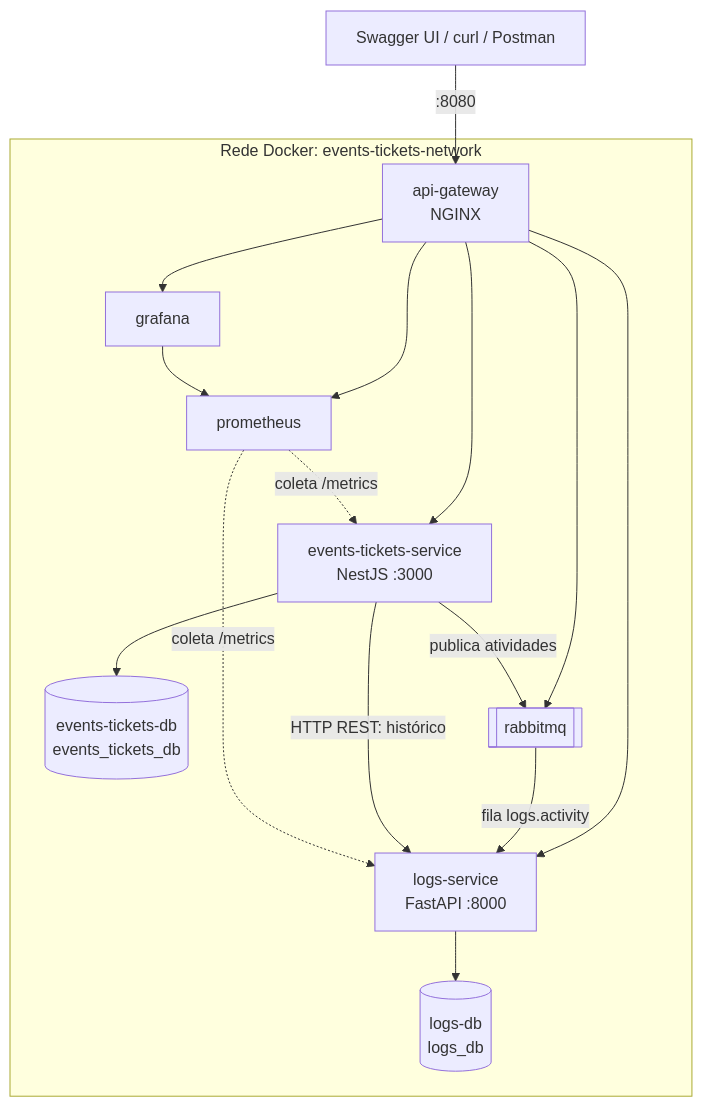
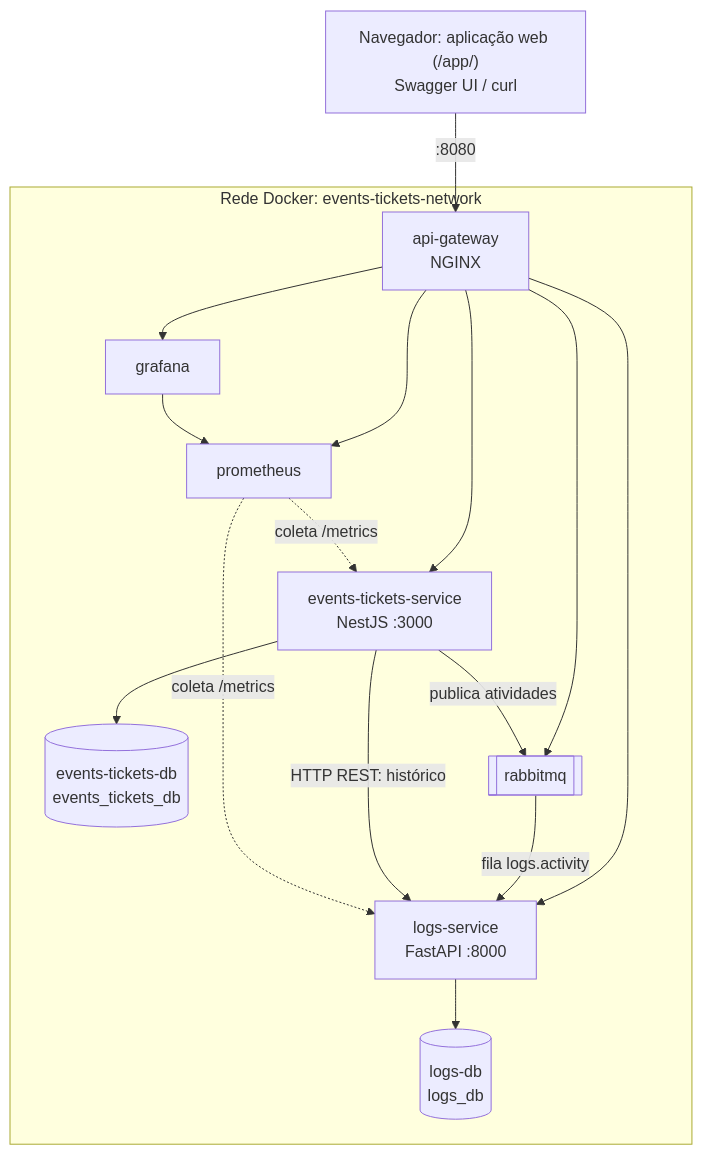
One commit to Igor-Lazarin-Oliani/events-tickets-ms changed the diagram in README.md. Above: the diagram before and after it, drawn with Mermaid. The commit also changed other lines of this file and 18 other files, not shown here.

````diff
--- a/README.md
+++ b/README.md
@@ -36,28 +37,28 @@
 ```mermaid
 flowchart TB
-    cliente["Swagger UI / curl / Postman"]
+    cliente["Navegador: aplicação web (/app/)<br/>Swagger UI / curl"]
     subgraph rede["Rede Docker: events-tickets-network"]
         gateway["api-gateway<br/>NGINX"]
         core["events-tickets-service<br/>NestJS :3000"]
         logs["logs-service<br/>FastAPI :8000"]
         coredb[("events-tickets-db<br/>events_tickets_db")]
         logsdb[("logs-db<br/>logs_db")]
         rabbitmq[["rabbitmq"]]
         prometheus["prometheus"]
         grafana["grafana"]
     end
     cliente -->|":8080"| gateway
     gateway --> core
     gateway --> logs
     gateway --> grafana
     gateway --> prometheus
     gateway --> rabbitmq
     core --> coredb
     logs --> logsdb
     core -->|"publica atividades"| rabbitmq
     rabbitmq -->|"fila logs.activity"| logs
     core -->|"HTTP REST: histórico"| logs
     grafana --> prometheus
     prometheus -.->|"coleta /metrics"| core
     prometheus -.->|"coleta /metrics"| logs
 ```
````
